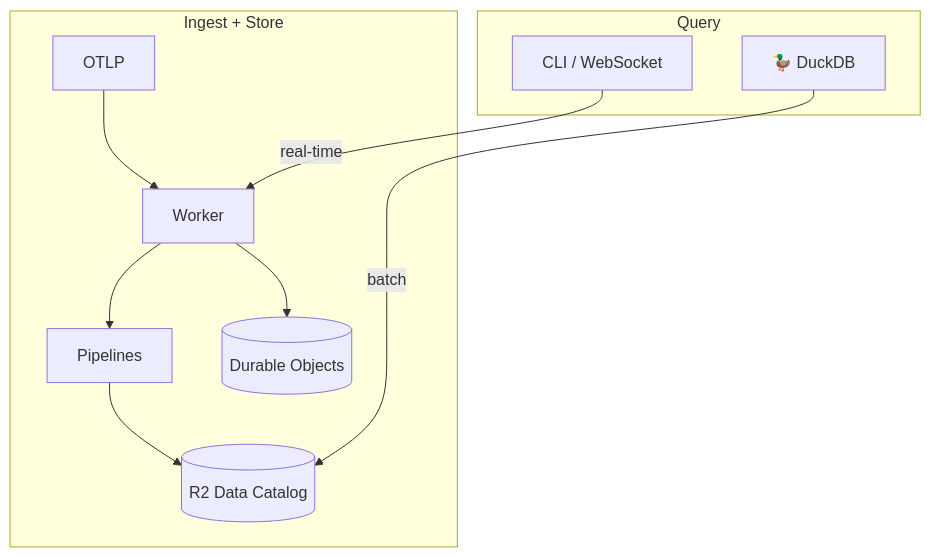
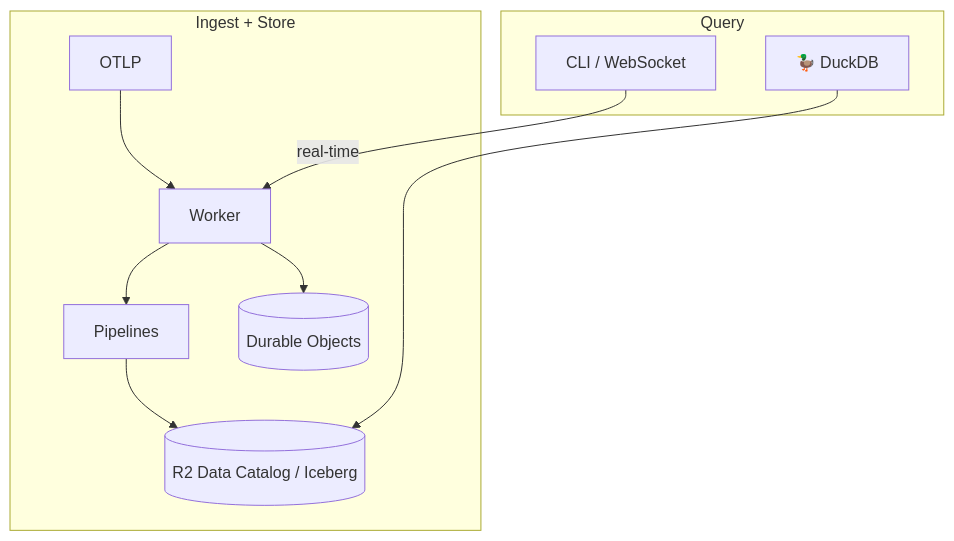
One commit to smithclay/otlp2pipeline changed the first of 3 diagrams in README.md. Above: the diagram before and after it, drawn with Mermaid. The commit also changed other lines of this file and 1 other file, not shown here.

````diff
--- a/README.md
+++ b/README.md
@@ -110,14 +110,14 @@
 ```mermaid
 flowchart TB
     subgraph Ingest["Ingest + Store"]
         OTLP[OTLP] --> W[Worker]
         W --> P[Pipelines]
         W --> DOs[(Durable Objects)]
-        P --> R2[(R2 Data Catalog)]
+        P --> R2[(R2 Data Catalog / Iceberg)]
     end
 
     subgraph Query["Query"]
         CLI[CLI / WebSocket] -->|real-time| W
-        DuckDB[🦆 DuckDB] -->|batch| R2
+        DuckDB[🦆 DuckDB] --> R2
     end
 ```
````
